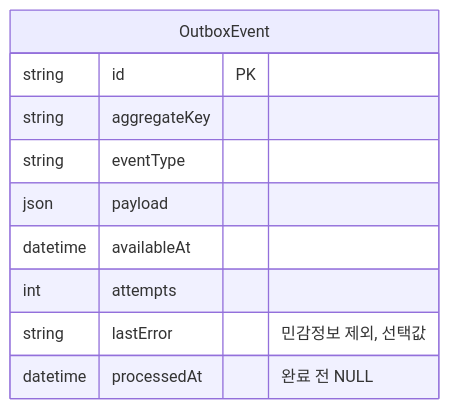
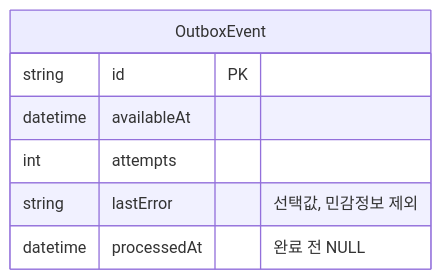
The fourth of 10 diagrams in docs/request-failure-management.md (luke0408/blog-erd), drawn with Mermaid before and after one commit. The commit also changed other lines of this file and 5 other files, not shown here.

Commit message:
docs(erd): reorder student questions by design requirements

````diff
--- a/docs/request-failure-management.md
+++ b/docs/request-failure-management.md
@@ -124,13 +128,10 @@
 ```mermaid
 erDiagram
     OutboxEvent {
         string id PK
-        string aggregateKey
-        string eventType
-        json payload
         datetime availableAt
         int attempts
-        string lastError "민감정보 제외, 선택값"
+        string lastError "선택값, 민감정보 제외"
         datetime processedAt "완료 전 NULL"
     }
 ```
````
